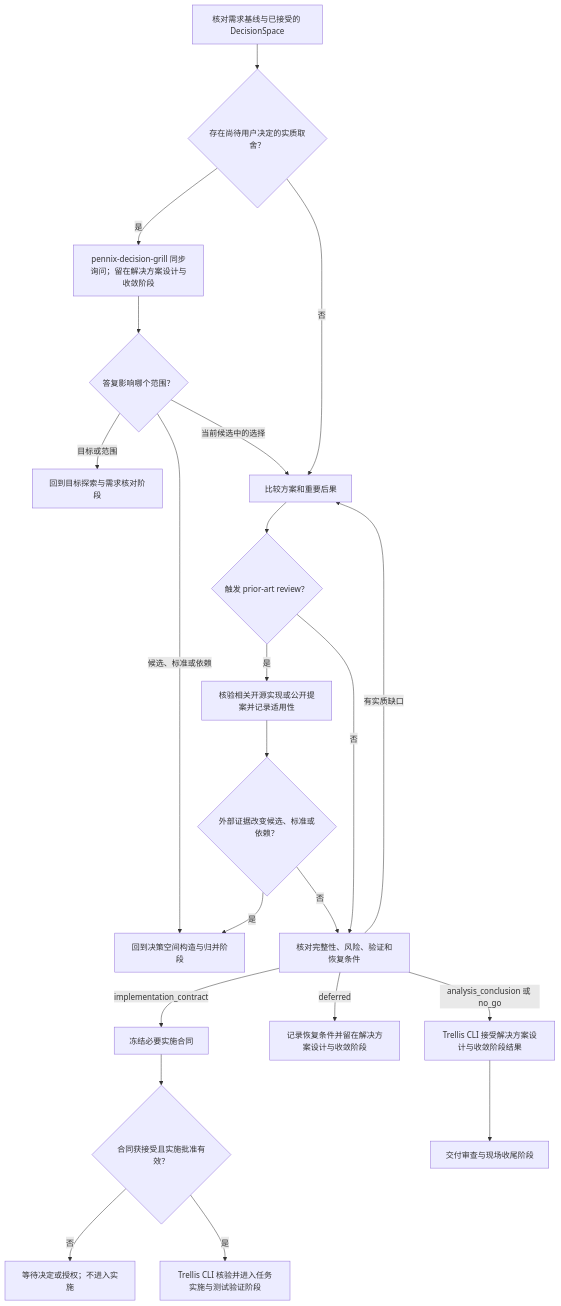
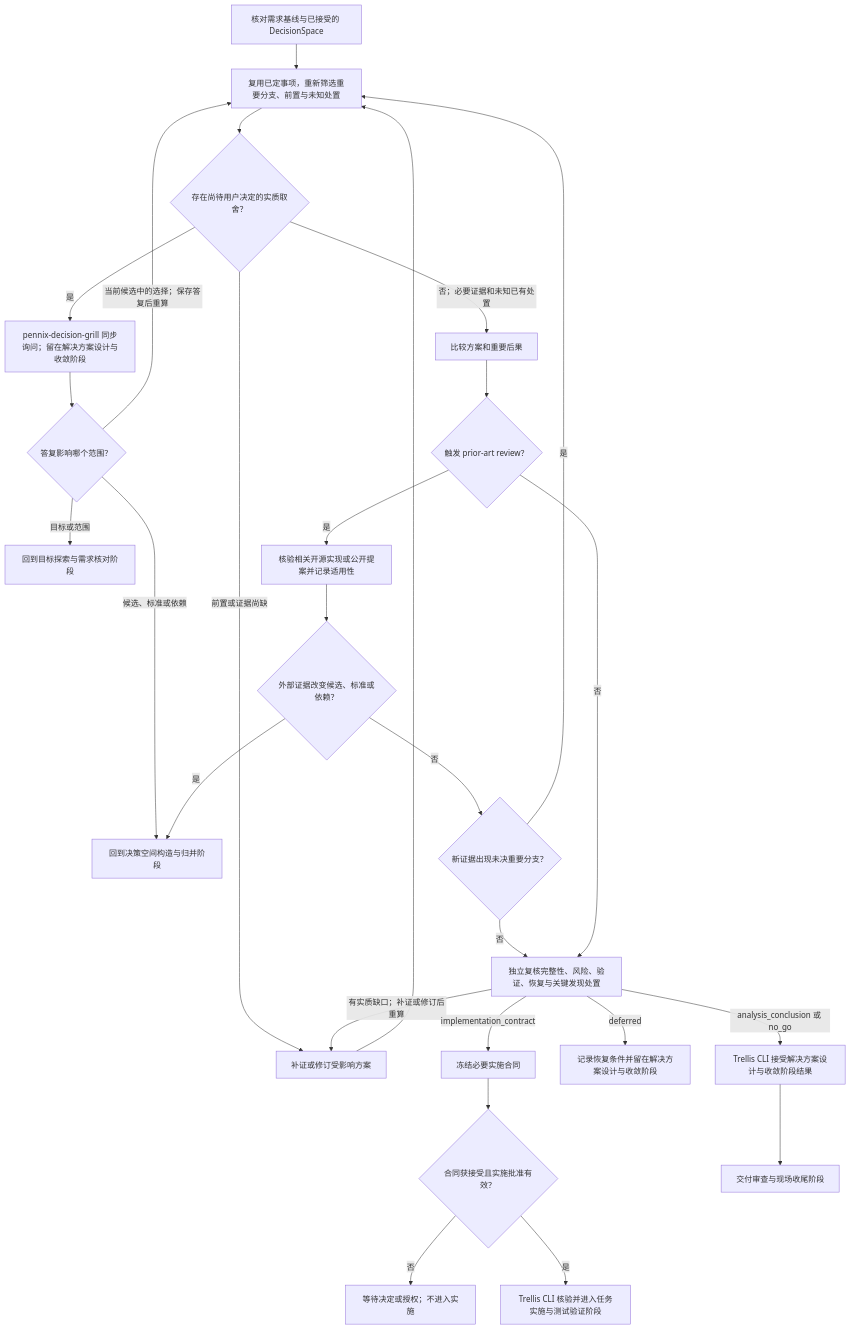
One commit to PennixRv/Trellis changed the diagram in packages/cli/src/templates/common/bundled-skills/trellis-solution-design-and-convergence/workflow.md. Above: the diagram before and after it, drawn with Mermaid. The commit also changed other lines of this file and 2 other files, not shown here.

Commit message:
fix(workflow): revisit material decisions before convergence

````diff
--- a/packages/cli/src/templates/common/bundled-skills/trellis-solution-design-and-convergence/workflow.md
+++ b/packages/cli/src/templates/common/bundled-skills/trellis-solution-design-and-convergence/workflow.md
@@ -17,24 +21,29 @@
 ```mermaid
 flowchart TD
-  input["核对需求基线与已接受的 DecisionSpace"] --> decisions{"存在尚待用户决定的实质取舍？"}
+  input["核对需求基线与已接受的 DecisionSpace"] --> rescreen["复用已定事项，重新筛选重要分支、前置与未知处置"]
+  rescreen --> decisions{"存在尚待用户决定的实质取舍？"}
   decisions -->|"是"| grill["pennix-decision-grill 同步询问；留在解决方案设计与收敛阶段"]
   grill --> impact{"答复影响哪个范围？"}
   impact -->|"目标或范围"| goal_exploration_and_requirements["回到目标探索与需求核对阶段"]
   impact -->|"候选、标准或依赖"| decision_space_construction_and_merging["回到决策空间构造与归并阶段"]
-  impact -->|"当前候选中的选择"| compare["比较方案和重要后果"]
-  decisions -->|"否"| compare
+  impact -->|"当前候选中的选择；保存答复后重算"| rescreen
+  decisions -->|"否；必要证据和未知已有处置"| compare["比较方案和重要后果"]
+  decisions -->|"前置或证据尚缺"| repair["补证或修订受影响方案"]
+  repair --> rescreen
   compare --> prior{"触发 prior-art review？"}
   prior -->|"是"| review["核验相关开源实现或公开提案并记录适用性"]
   review --> changed{"外部证据改变候选、标准或依赖？"}
   changed -->|"是"| decision_space_construction_and_merging
-  changed -->|"否"| assess["核对完整性、风险、验证和恢复条件"]
+  changed -->|"否"| newDecisions{"新证据出现未决重要分支？"}
+  newDecisions -->|"是"| rescreen
+  newDecisions -->|"否"| assess["独立复核完整性、风险、验证、恢复与关键发现处置"]
   prior -->|"否"| assess
-  assess -->|"有实质缺口"| compare
+  assess -->|"有实质缺口；补证或修订后重算"| repair
   assess -->|"analysis_conclusion 或 no_go"| reviewResult["Trellis CLI 接受解决方案设计与收敛阶段结果"]
   assess -->|"deferred"| defer["记录恢复条件并留在解决方案设计与收敛阶段"]
   assess -->|"implementation_contract"| contract["冻结必要实施合同"]
   contract --> approval{"合同获接受且实施批准有效？"}
   approval -->|"否"| wait["等待决定或授权；不进入实施"]
   approval -->|"是"| task_implementation["Trellis CLI 核验并进入任务实施与测试验证阶段"]
   reviewResult --> delivery_review_and_closeout["交付审查与现场收尾阶段"]
 ```
````
